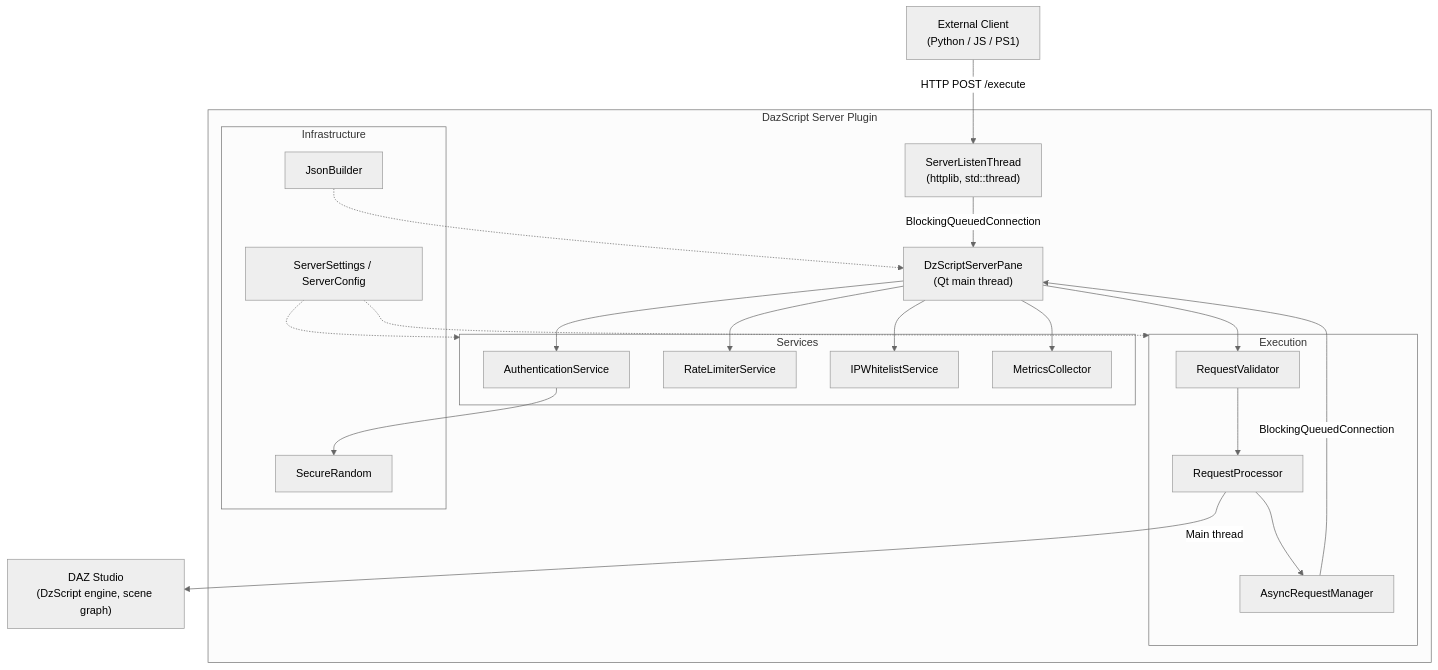
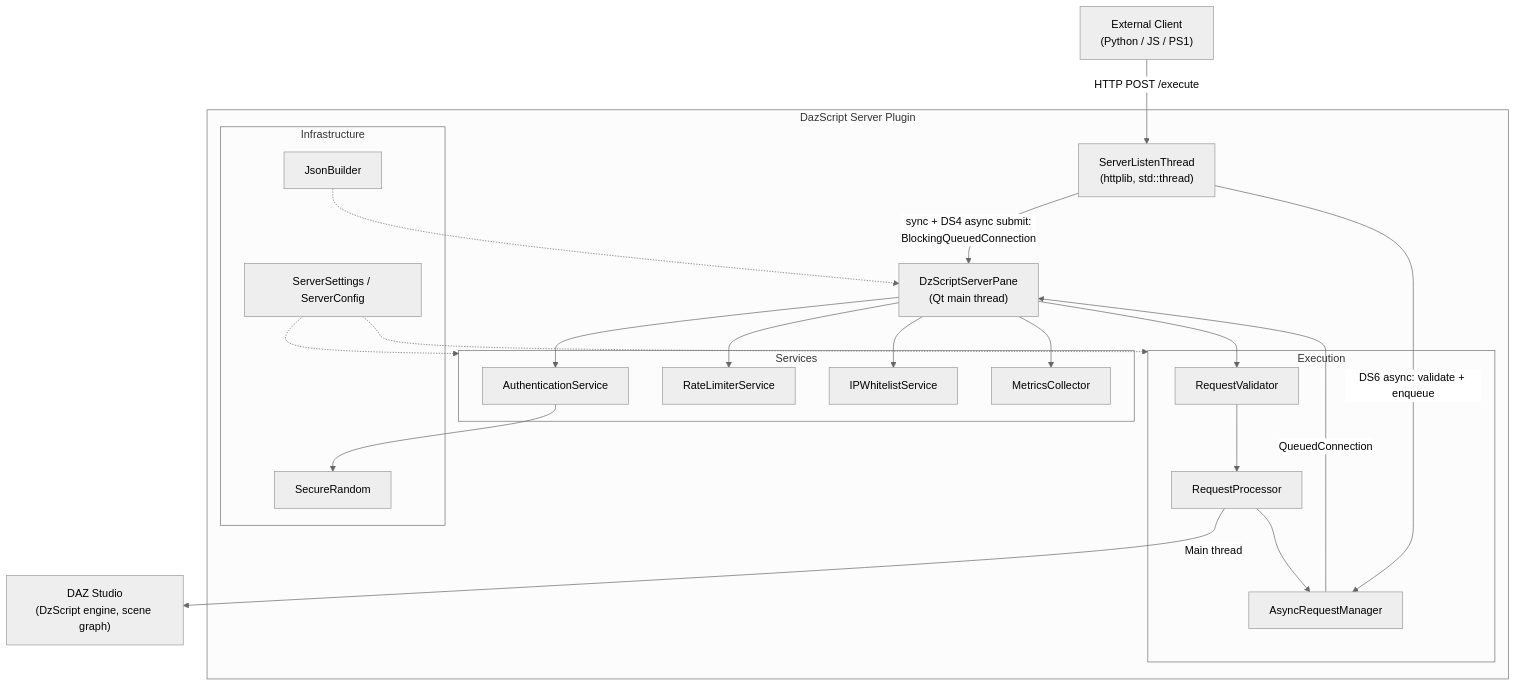
One commit to bluemoonfoundry/daz-script-server changed the first of 4 diagrams in ARCHITECTURE.md. Above: the diagram before and after it, drawn with Mermaid (neutral theme). The commit also changed other lines of this file and 7 other files, not shown here.

````diff
--- a/ARCHITECTURE.md
+++ b/ARCHITECTURE.md
@@ -14,46 +14,47 @@
 ```mermaid
 graph TD
     Client["External Client<br/>(Python / JS / PS1)"]
 
     subgraph Plugin["DazScript Server Plugin"]
         SLT["ServerListenThread<br/>(httplib, std::thread)"]
         Pane["DzScriptServerPane<br/>(Qt main thread)"]
 
         subgraph Services["Services"]
             Auth["AuthenticationService"]
             Rate["RateLimiterService"]
             WL["IPWhitelistService"]
             Met["MetricsCollector"]
         end
 
         subgraph Exec["Execution"]
             RV["RequestValidator"]
             RP["RequestProcessor"]
             ARM["AsyncRequestManager"]
         end
 
         subgraph Infra["Infrastructure"]
             SR["SecureRandom"]
             JB["JsonBuilder"]
             SS["ServerSettings / ServerConfig"]
         end
     end
 
     DAZ["DAZ Studio<br/>(DzScript engine, scene graph)"]
 
     Client -->|HTTP POST /execute| SLT
-    SLT -->|BlockingQueuedConnection| Pane
+    SLT -->|sync + DS4 async submit:<br/>BlockingQueuedConnection| Pane
+    SLT -->|DS6 async: validate + enqueue| ARM
     Pane --> Auth
     Pane --> Rate
     Pane --> WL
     Pane --> Met
     Pane --> RV
     RV --> RP
     RP -->|Main thread| DAZ
     RP --> ARM
-    ARM -->|BlockingQueuedConnection| Pane
+    ARM -->|QueuedConnection| Pane
     Auth --> SR
     JB -.-> Pane
     SS -.-> Services
     SS -.-> Exec
 ```
````
